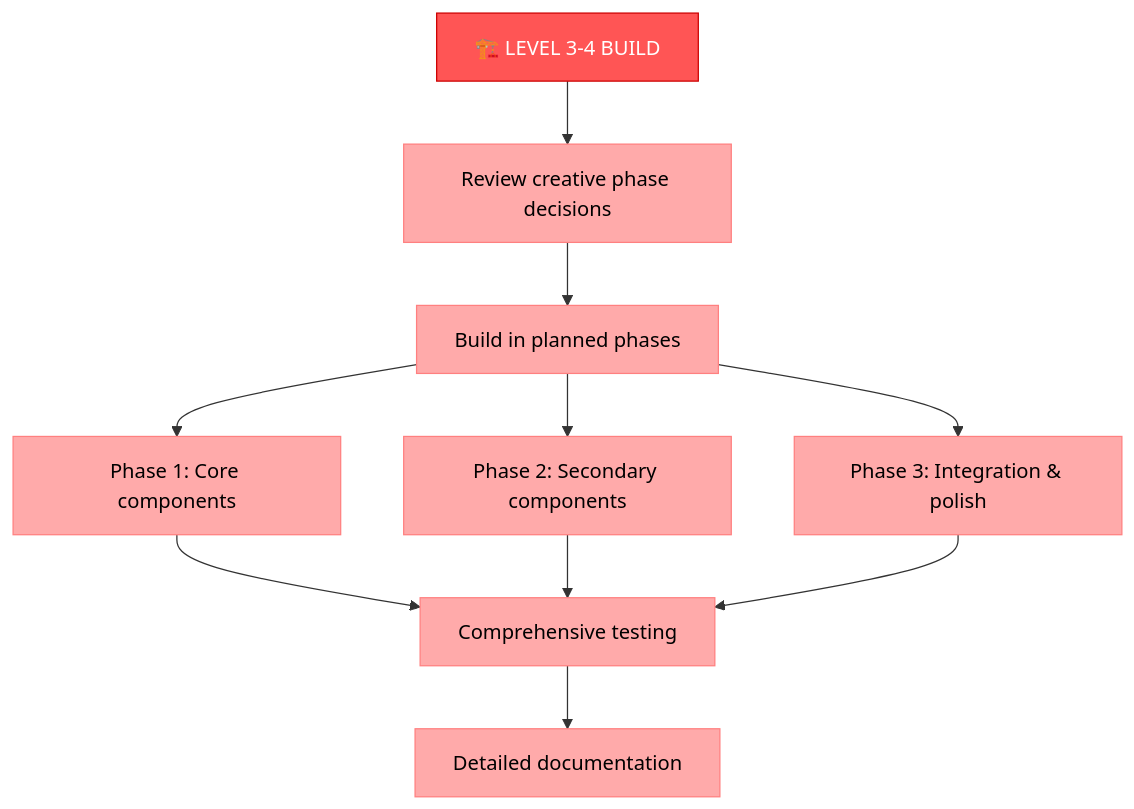
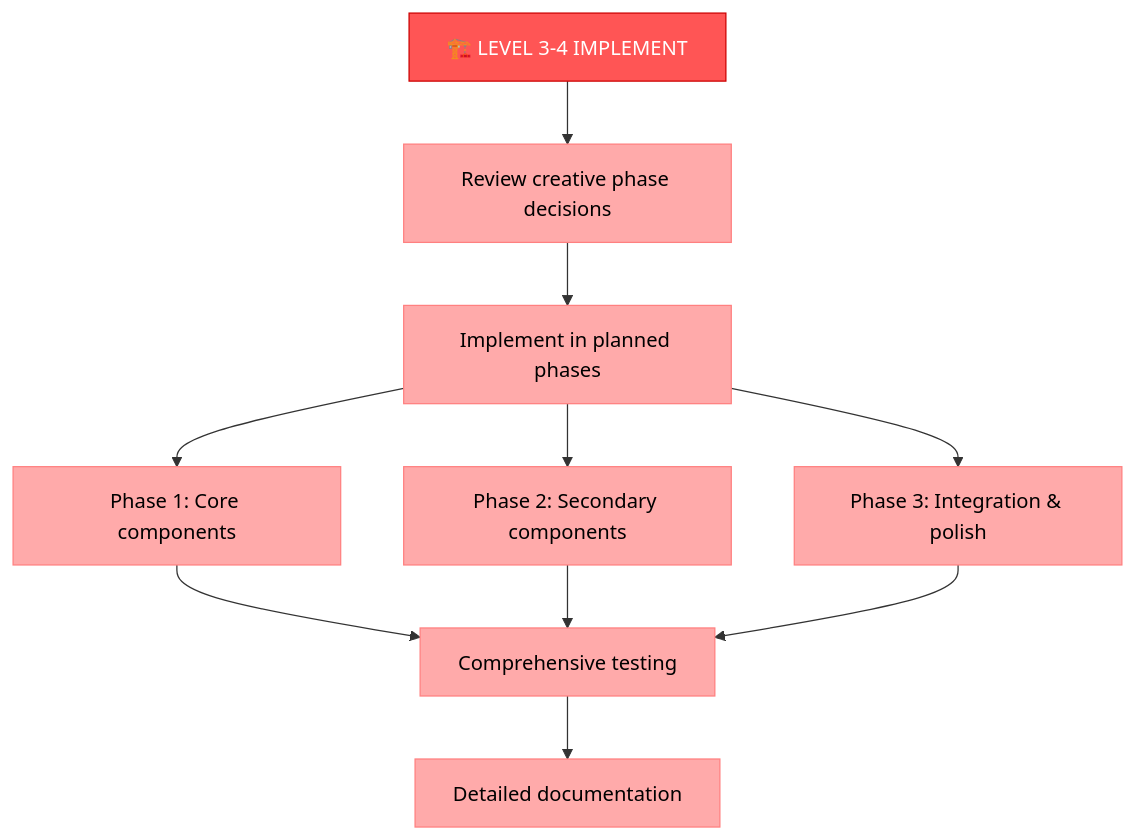
One commit to jedita/cursor-memory-bank changed the fourth of 6 diagrams in custom_modes/implement_instructions.md. Above: the diagram before and after it, drawn with Mermaid. The commit also changed other lines of this file and 20 other files, not shown here.

````diff
--- a/custom_modes/implement_instructions.md
+++ b/custom_modes/implement_instructions.md
@@ -209,19 +209,19 @@
 ```mermaid
 graph TD
-    L34["🏗️ LEVEL 3-4 BUILD"] --> CreativeReview["Review creative phase decisions"]
-    CreativeReview --> Phases["Build in planned phases"]
+    L34["🏗️ LEVEL 3-4 IMPLEMENT"] --> CreativeReview["Review creative phase decisions"]
+    CreativeReview --> Phases["Implement in planned phases"]
     Phases --> Phase1["Phase 1: Core components"]
     Phases --> Phase2["Phase 2: Secondary components"]
     Phases --> Phase3["Phase 3: Integration & polish"]
     Phase1 & Phase2 & Phase3 --> Test["Comprehensive testing"]
     Test --> Doc["Detailed documentation"]
     
     style L34 fill:#ff5555,stroke:#cc0000,color:white
     style CreativeReview fill:#ffaaaa,stroke:#ff8080,color:black
     style Phases fill:#ffaaaa,stroke:#ff8080,color:black
     style Phase1 fill:#ffaaaa,stroke:#ff8080,color:black
     style Phase2 fill:#ffaaaa,stroke:#ff8080,color:black
     style Phase3 fill:#ffaaaa,stroke:#ff8080,color:black
     style Test fill:#ffaaaa,stroke:#ff8080,color:black
     style Doc fill:#ffaaaa,stroke:#ff8080,color:black
 ```
````
